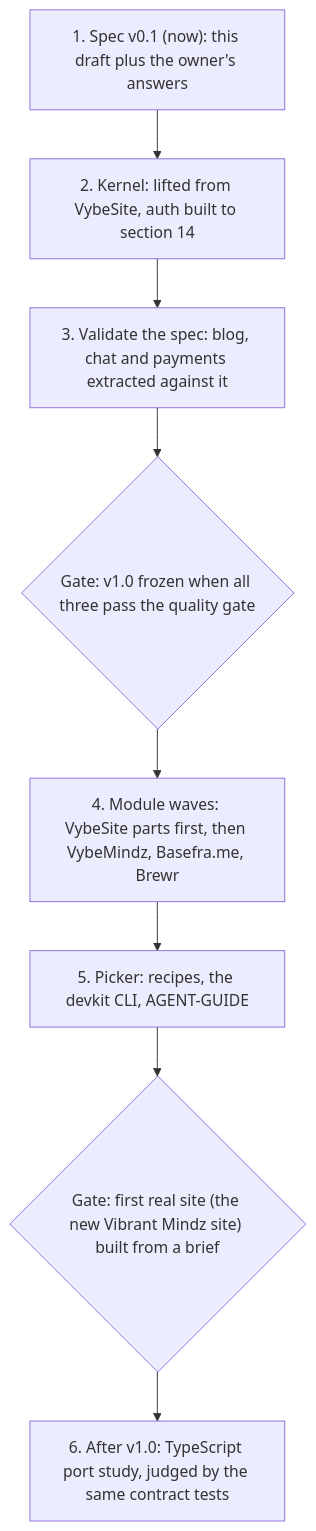
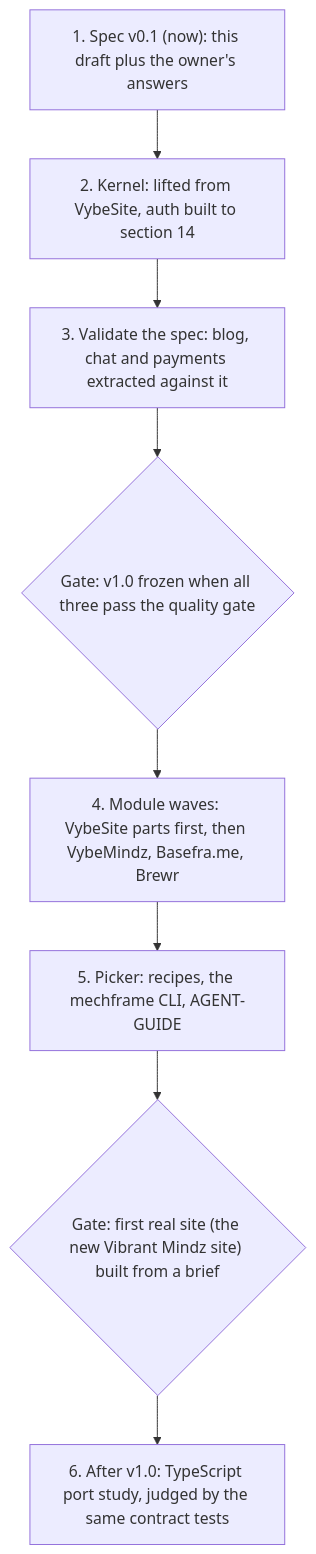
The second of 2 diagrams in SPEC.md (Vybecode-LTD/devkit), drawn with Mermaid before and after one commit. The commit also changed other lines of this file and 113 other files, not shown here.

````diff
--- a/SPEC.md
+++ b/SPEC.md
@@ -767,10 +767,10 @@
 ```mermaid
 flowchart TB
   p1["1. Spec v0.1 (now): this draft plus the owner's answers"] --> p2["2. Kernel: lifted from VybeSite, auth built to section 14"]
   p2 --> p3["3. Validate the spec: blog, chat and payments extracted against it"]
   p3 --> g1{"Gate: v1.0 frozen when all three pass the quality gate"}
   g1 --> p4["4. Module waves: VybeSite parts first, then VybeMindz, Basefra.me, Brewr"]
-  p4 --> p5["5. Picker: recipes, the devkit CLI, AGENT-GUIDE"]
+  p4 --> p5["5. Picker: recipes, the mechframe CLI, AGENT-GUIDE"]
   p5 --> g2{"Gate: first real site (the new Vibrant Mindz site) built from a brief"}
   g2 --> p6["6. After v1.0: TypeScript port study, judged by the same contract tests"]
 ```
````
